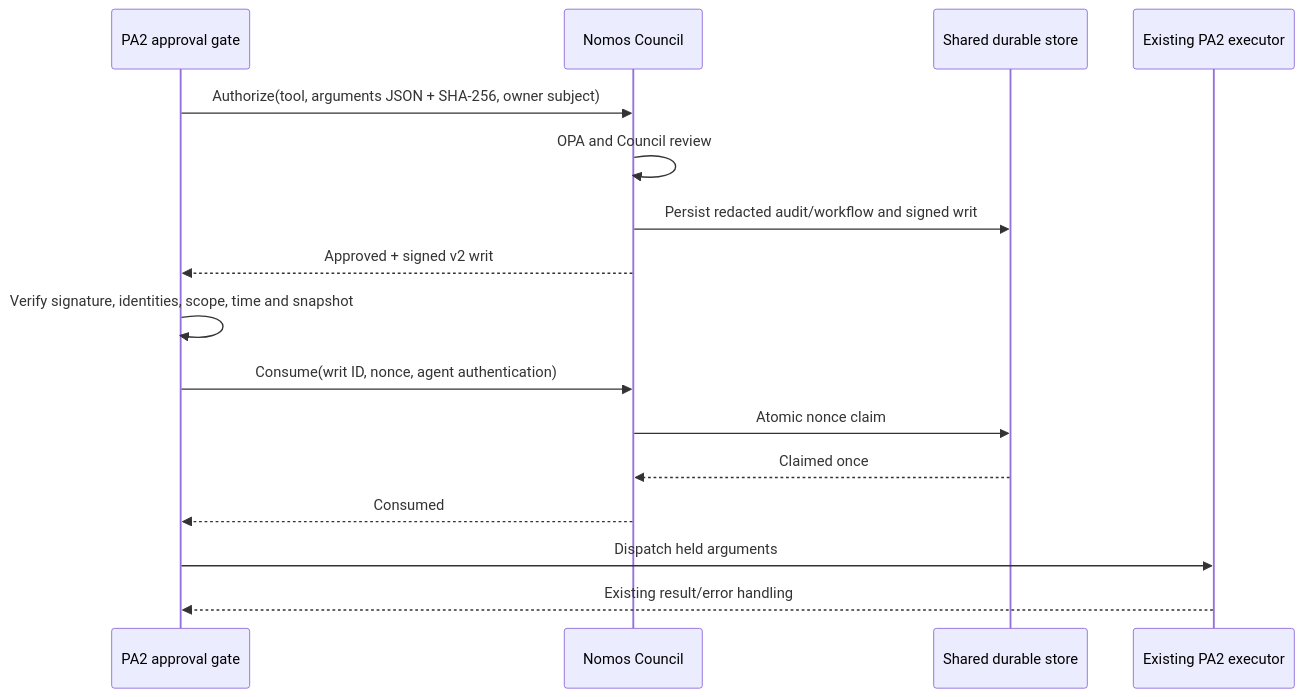
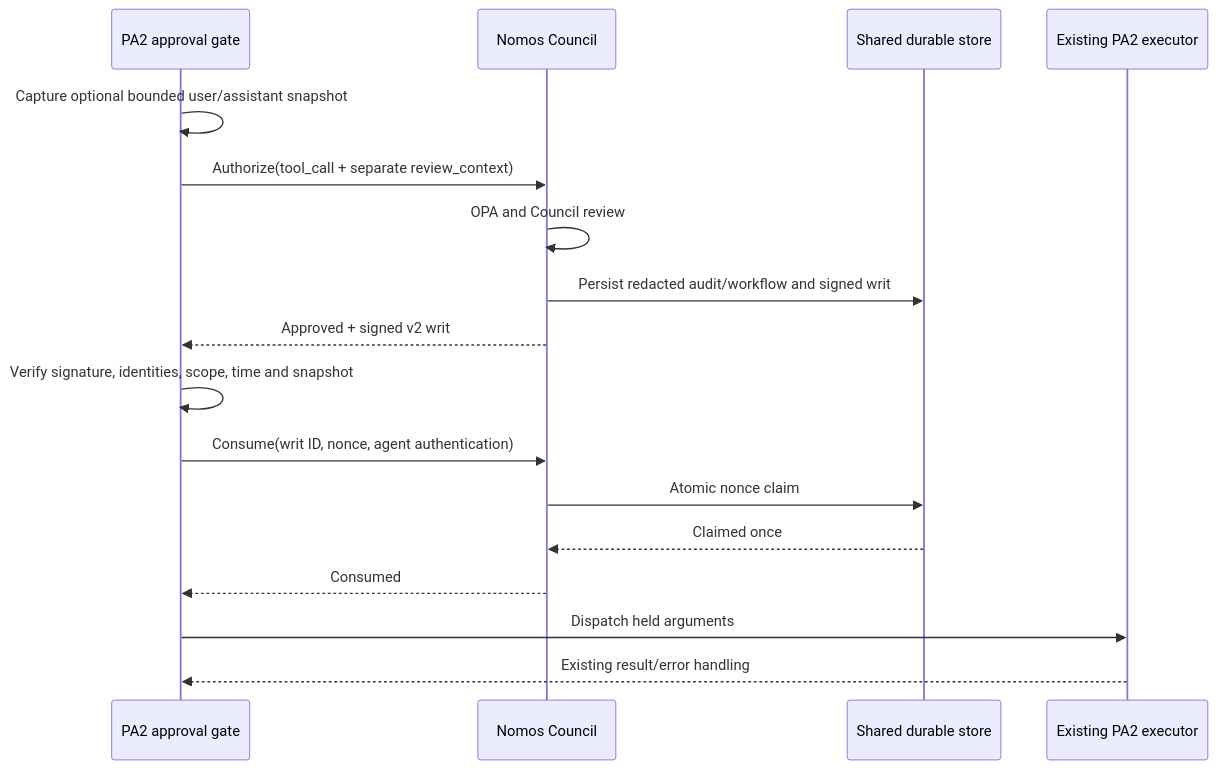
Before and after one commit to NVIDIA/Nomos: the third of 5 diagrams in docs/proposals/pa2-autonomous-write-authorization.md, drawn with Mermaid. The commit also changed other lines of this file and 13 other files, not shown here.

Commit message:
feat: add bounded PA review context and classify completed review denials

````diff
--- a/docs/proposals/pa2-autonomous-write-authorization.md
+++ b/docs/proposals/pa2-autonomous-write-authorization.md
@@ -97,18 +204,19 @@
 ```mermaid
 sequenceDiagram
   participant PA as PA2 approval gate
   participant C as Nomos Council
   participant S as Shared durable store
   participant E as Existing PA2 executor
-  PA->>C: Authorize(tool, arguments JSON + SHA-256, owner subject)
+  PA->>PA: Capture optional bounded user/assistant snapshot
+  PA->>C: Authorize(tool_call + separate review_context)
   C->>C: OPA and Council review
   C->>S: Persist redacted audit/workflow and signed writ
   C-->>PA: Approved + signed v2 writ
   PA->>PA: Verify signature, identities, scope, time and snapshot
   PA->>C: Consume(writ ID, nonce, agent authentication)
   C->>S: Atomic nonce claim
   S-->>C: Claimed once
   C-->>PA: Consumed
   PA->>E: Dispatch held arguments
   E-->>PA: Existing result/error handling
 ```
````
